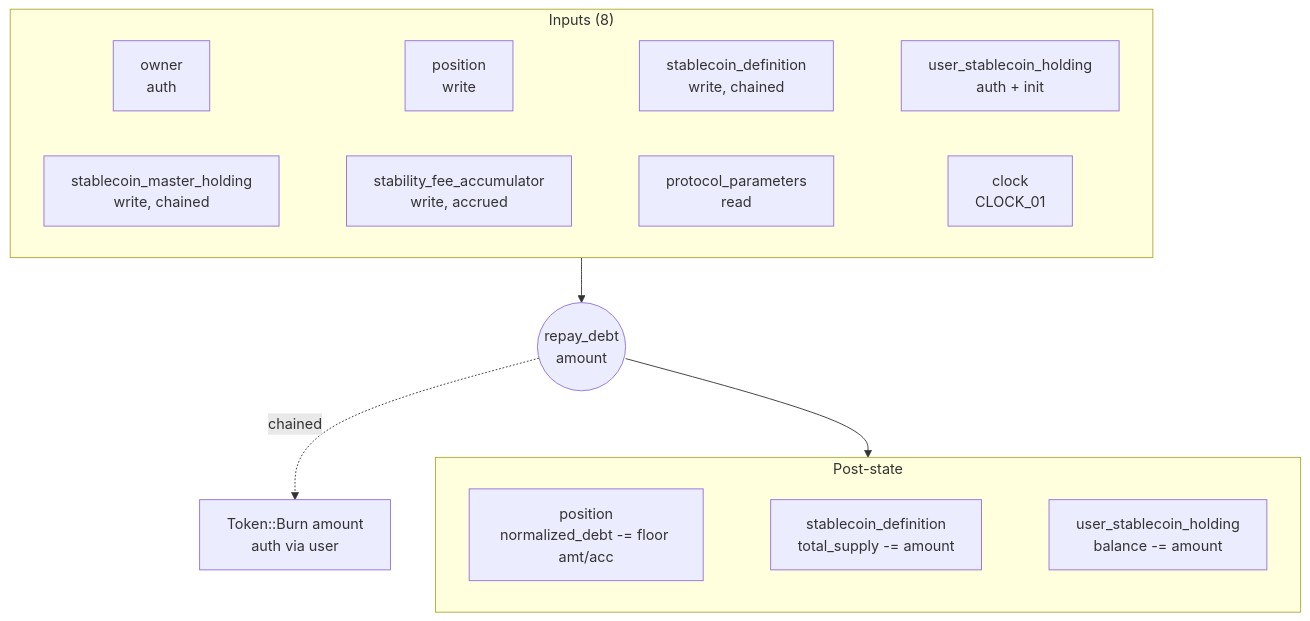
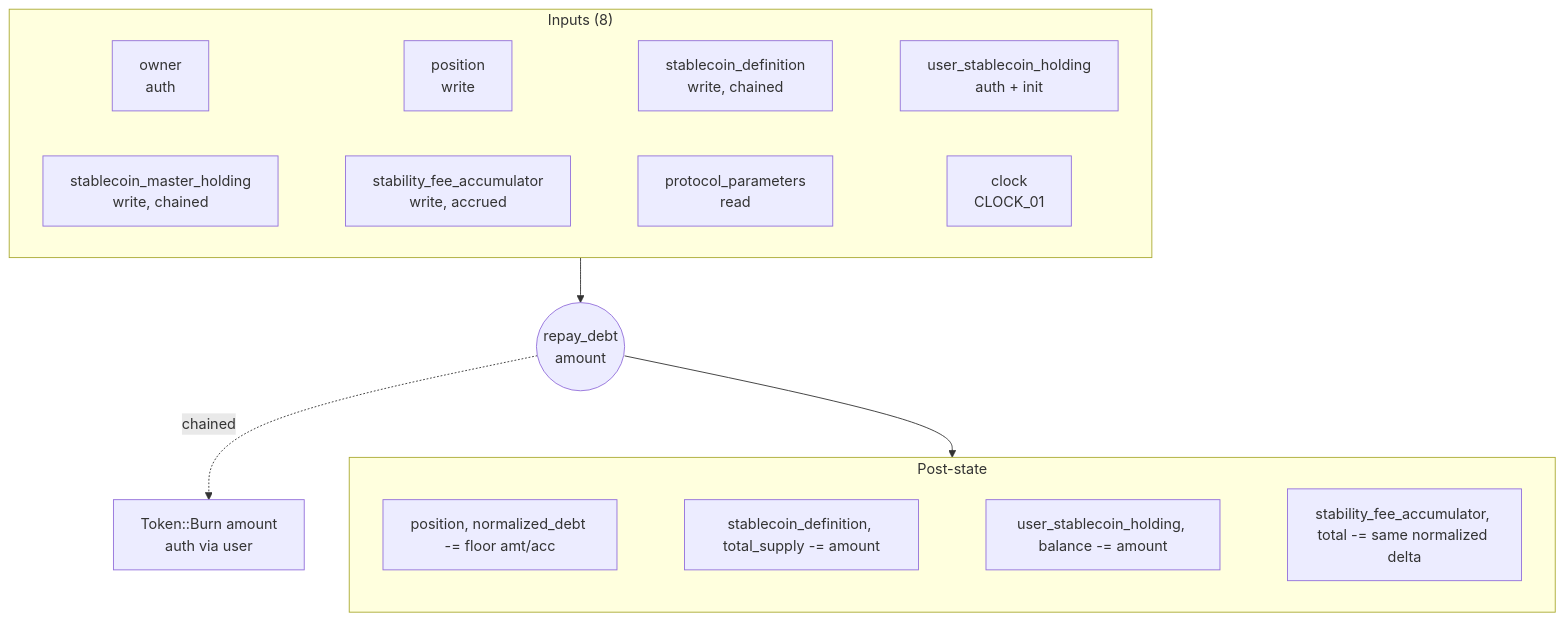
Before and after one commit to logos-blockchain/lez-programs: diagram 11 of 15 in docs/stablecoin/README.md, drawn with Mermaid. The commit also changed other lines of this file and 48 other files, not shown here.

Commit message:
feat(stablecoin): enforce position debt floor and global ceiling

````diff
--- a/docs/stablecoin/README.md
+++ b/docs/stablecoin/README.md
@@ -1125,13 +1238,13 @@
 ```mermaid
 flowchart TD
     subgraph In["Inputs (8)"]
         a1[owner<br/>auth] ~~~ a2[position<br/>write] ~~~ a3[stablecoin_definition<br/>write, chained] ~~~ a4[user_stablecoin_holding<br/>auth + init]
         a5[stablecoin_master_holding<br/>write, chained] ~~~ a6[stability_fee_accumulator<br/>write, accrued] ~~~ a7[protocol_parameters<br/>read] ~~~ a8[clock<br/>CLOCK_01]
     end
     subgraph Post["Post-state"]
-        p1[position<br/>normalized_debt -= floor amt/acc] ~~~ p2[stablecoin_definition<br/>total_supply -= amount] ~~~ p3[user_stablecoin_holding<br/>balance -= amount]
+        p1[position, normalized_debt -= floor amt/acc] ~~~ p2[stablecoin_definition, total_supply -= amount] ~~~ p3[user_stablecoin_holding, balance -= amount] ~~~ p4[stability_fee_accumulator, total -= same normalized delta]
     end
     In --> Ins((repay_debt<br/>amount))
     Ins --> Post
     Ins -.chained.-> C1[Token::Burn amount<br/>auth via user]
 ```
````
